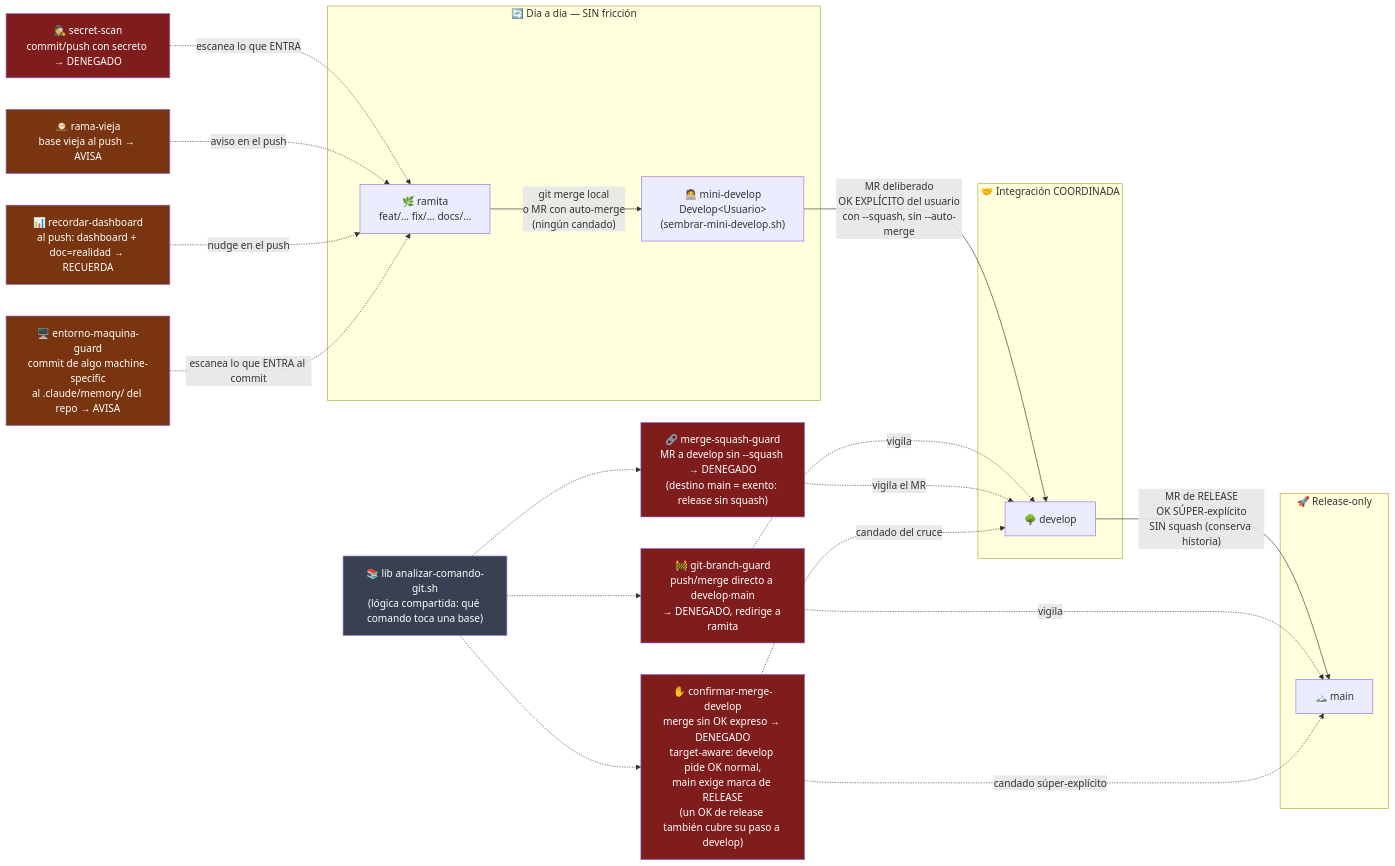
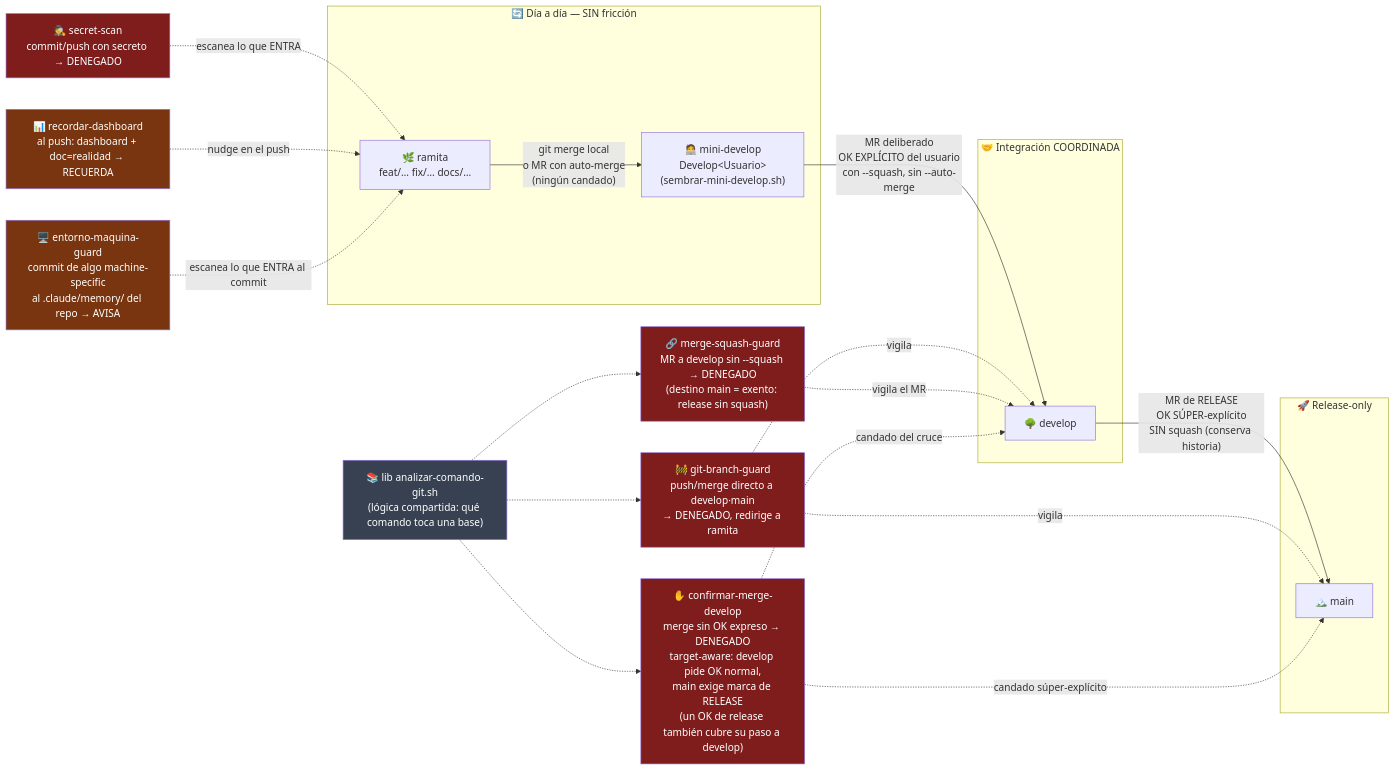
Before and after one commit to unjordi/cortex: the first of 4 diagrams in docs/mapa-cerebro.md, drawn with Mermaid. The commit also changed other lines of this file and 3 other files, not shown here.

First line of the commit message:
docs(brain): doc=realidad tras retirar rama-vieja + documenta el tier `retirado`

````diff
--- a/docs/mapa-cerebro.md
+++ b/docs/mapa-cerebro.md
@@ -24,50 +24,47 @@
 ```mermaid
 flowchart LR
     subgraph dia["🔄 Día a día — SIN fricción"]
         RAMITA["🌿 ramita<br/>feat/… fix/… docs/…"]
         MINI["🧑‍💻 mini-develop<br/>Develop&lt;Usuario&gt;<br/>(sembrar-mini-develop.sh)"]
         RAMITA -->|"git merge local<br/>o MR con auto-merge<br/>(ningún candado)"| MINI
     end
 
     subgraph coordinado["🤝 Integración COORDINADA"]
         DEVELOP["🌳 develop"]
     end
 
     subgraph release["🚀 Release-only"]
         MAIN["🏔️ main"]
     end
 
     MINI -->|"MR deliberado<br/>OK EXPLÍCITO del usuario<br/>con --squash, sin --auto-merge"| DEVELOP
     DEVELOP -->|"MR de RELEASE<br/>OK SÚPER-explícito<br/>SIN squash (conserva historia)"| MAIN
 
     GBG["🚧 git-branch-guard<br/>push/merge directo a develop·main<br/>→ DENEGADO, redirige a ramita"]
     MSG["🔗 merge-squash-guard<br/>MR a develop sin --squash → DENEGADO<br/>(destino main = exento: release sin squash)"]
     CMD["✋ confirmar-merge-develop<br/>merge sin OK expreso → DENEGADO<br/>target-aware: develop pide OK normal,<br/>main exige marca de RELEASE<br/>(un OK de release también cubre su paso a develop)"]
     SS["🕵️ secret-scan<br/>commit/push con secreto → DENEGADO"]
-    RV["🕰️ rama-vieja<br/>base vieja al push → AVISA"]
     RD["📊 recordar-dashboard<br/>al push: dashboard + doc=realidad → RECUERDA"]
     EMG["🖥️ entorno-maquina-guard<br/>commit de algo machine-specific<br/>al .claude/memory/ del repo → AVISA"]
     LIB["📚 lib analizar-comando-git.sh<br/>(lógica compartida: qué comando toca una base)"]
 
     GBG -.->|vigila| DEVELOP
     GBG -.->|vigila| MAIN
     MSG -.->|vigila el MR| DEVELOP
     CMD -.->|candado del cruce| DEVELOP
     CMD -.->|candado súper-explícito| MAIN
     SS -.->|escanea lo que ENTRA| RAMITA
-    RV -.->|aviso en el push| RAMITA
     RD -.->|nudge en el push| RAMITA
     EMG -.->|escanea lo que ENTRA al commit| RAMITA
     LIB -.-> GBG
     LIB -.-> MSG
     LIB -.-> CMD
 
     style GBG fill:#7f1d1d,color:#fff
     style MSG fill:#7f1d1d,color:#fff
     style CMD fill:#7f1d1d,color:#fff
     style SS fill:#7f1d1d,color:#fff
-    style RV fill:#78350f,color:#fff
     style RD fill:#78350f,color:#fff
     style EMG fill:#78350f,color:#fff
     style LIB fill:#374151,color:#fff
 ```
````
